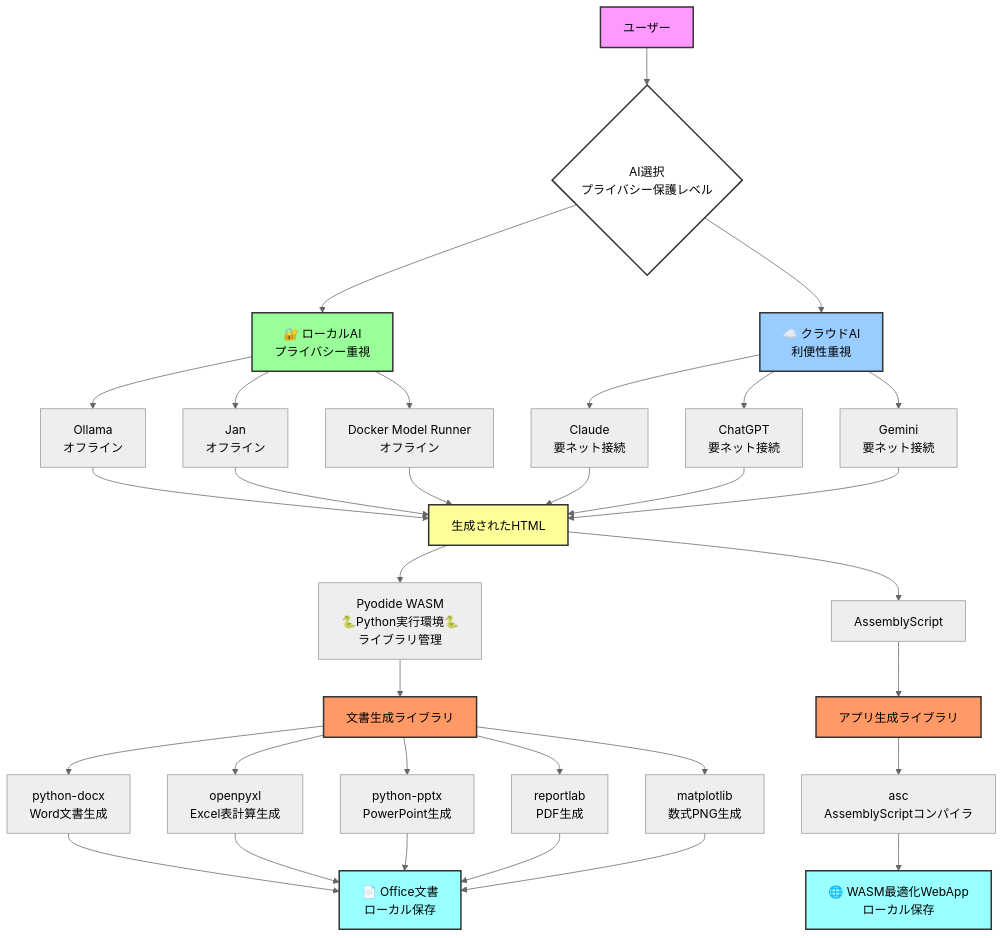
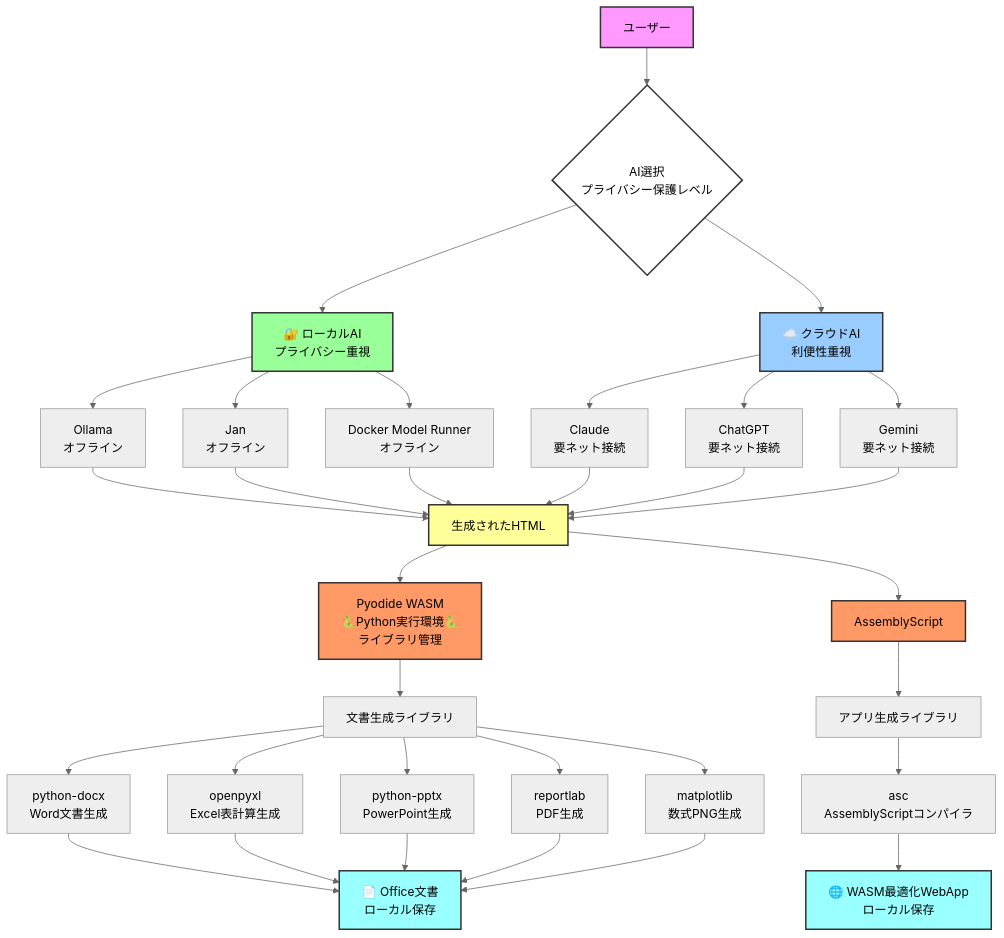
One commit to HarmoniaEpic/text-to-officefile-or-wasmapp-recipes changed the fourth of 4 diagrams in README.md. Above: the diagram before and after it, drawn with Mermaid (neutral theme).

````diff
--- a/README.md
+++ b/README.md
@@ -444,54 +444,54 @@
 ```mermaid
 flowchart TD
     A[ユーザー] --> B{AI選択<br/>プライバシー保護レベル}
     
     B --> C[🔐 ローカルAI<br/>プライバシー重視]
     B --> D[☁️ クラウドAI<br/>利便性重視]
     
     C --> C1[Ollama<br/>オフライン]
     C --> C2[Jan<br/>オフライン]
     C --> C3[Docker Model Runner<br/>オフライン]
     
     D --> D1[Claude<br/>要ネット接続]
     D --> D2[ChatGPT<br/>要ネット接続]
     D --> D3[Gemini<br/>要ネット接続]
     
     C1 --> E[生成されたHTML]
     C2 --> E
     C3 --> E
     D1 --> E
     D2 --> E
     D3 --> E
     
-    E --> E1[Pyodide WASM<br/>🐍Python実行環境🐍<br/>ライブラリ管理]
-    E --> E2[AssemblyScript<br/>]
+    E --> F[Pyodide WASM<br/>🐍Python実行環境🐍<br/>ライブラリ管理]
+    E --> G[AssemblyScript<br/>]
 
-    E1 --> F[文書生成ライブラリ]
-    E2 --> G[アプリ生成ライブラリ]
+    F --> F1[文書生成ライブラリ]
+    G --> G1[アプリ生成ライブラリ]
     
-    F --> F1[python-docx<br/>Word文書生成]
-    F --> F2[openpyxl<br/>Excel表計算生成]
-    F --> F3[python-pptx<br/>PowerPoint生成]
-    F --> F4[reportlab<br/>PDF生成]
-    F --> F5[matplotlib<br/>数式PNG生成]
+    F1 --> F2[python-docx<br/>Word文書生成]
+    F1 --> F3[openpyxl<br/>Excel表計算生成]
+    F1 --> F4[python-pptx<br/>PowerPoint生成]
+    F1 --> F5[reportlab<br/>PDF生成]
+    F1 --> F6[matplotlib<br/>数式PNG生成]
 
-    G --> G1[asc<br/>AssemblyScriptコンパイラ]
+    G1 --> G2[asc<br/>AssemblyScriptコンパイラ]
 
-    F1 --> H[📄 Office文書<br/>ローカル保存]
-    F2 --> H
+    F2 --> H[📄 Office文書<br/>ローカル保存]
     F3 --> H
     F4 --> H
     F5 --> H
+    F6 --> H
 
-    G1 --> I[🌐 WASM最適化WebApp<br/>ローカル保存]
+    G2 --> I[🌐 WASM最適化WebApp<br/>ローカル保存]
 
     style A fill:#f9f,stroke:#333,stroke-width:2px
     style B fill:#fff,stroke:#333,stroke-width:2px
     style C fill:#9f9,stroke:#333,stroke-width:2px
     style D fill:#9cf,stroke:#333,stroke-width:2px
     style E fill:#ff9,stroke:#333,stroke-width:2px
     style F fill:#f96,stroke:#333,stroke-width:2px
     style G fill:#f96,stroke:#333,stroke-width:2px
     style H fill:#9ff,stroke:#333,stroke-width:2px
     style I fill:#9ff,stroke:#333,stroke-width:2px
 ```
````
